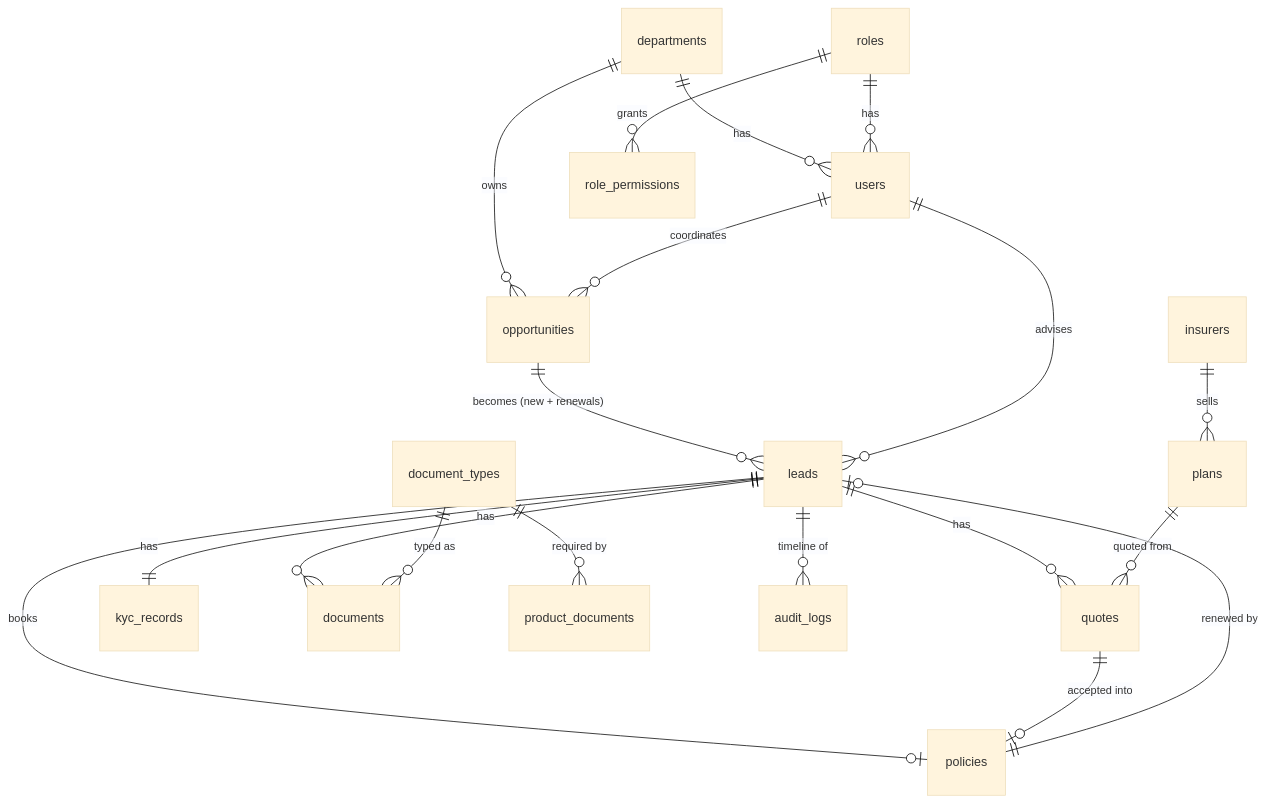
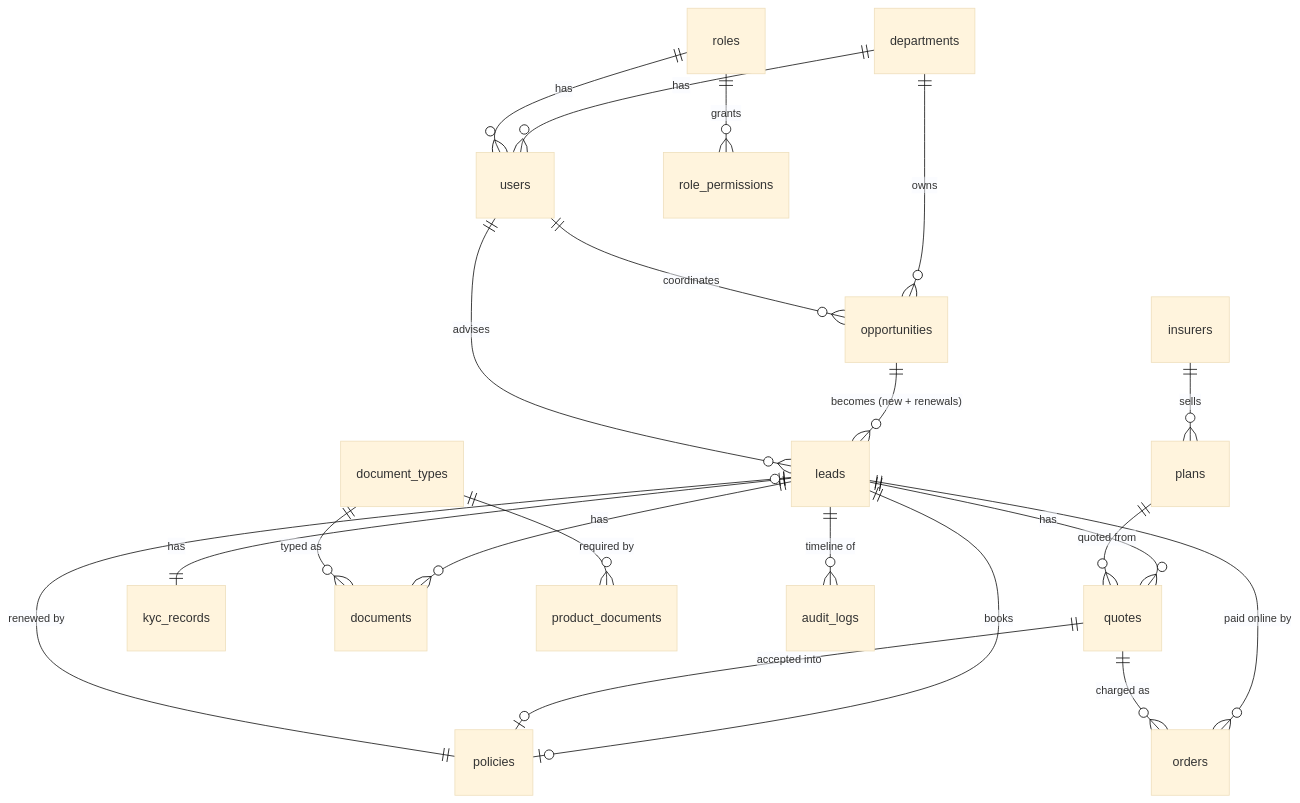
The diagram in docs/04-data-model.md (AbdulSubhan1/policydesk), drawn with Mermaid (base theme) before and after one commit. The commit also changed other lines of this file and 3 other files, not shown here.

````diff
--- a/docs/04-data-model.md
+++ b/docs/04-data-model.md
@@ -5,21 +5,23 @@
 ```mermaid
 erDiagram
   departments ||--o{ users : has
   roles ||--o{ users : has
   roles ||--o{ role_permissions : grants
   departments ||--o{ opportunities : owns
   users ||--o{ opportunities : coordinates
   opportunities ||--o{ leads : "becomes (new + renewals)"
   users ||--o{ leads : advises
   leads ||--o{ quotes : has
   plans ||--o{ quotes : "quoted from"
   insurers ||--o{ plans : sells
   leads ||--|| kyc_records : has
   leads ||--o{ documents : has
   document_types ||--o{ documents : "typed as"
   document_types ||--o{ product_documents : "required by"
   leads ||--o| policies : books
   quotes ||--o| policies : "accepted into"
   policies ||--o| leads : "renewed by"
   leads ||--o{ audit_logs : "timeline of"
+  leads ||--o{ orders : "paid online by"
+  quotes ||--o{ orders : "charged as"
 ```
````
